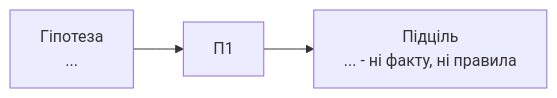
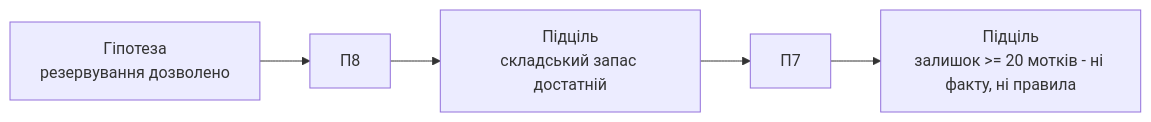
One commit to katerynakoles/obdz changed the fourth of 5 diagrams in lab-05/README.md. Above: the diagram before and after it, drawn with Mermaid. The commit also changed other lines of this file, not shown here.

````diff
--- a/lab-05/README.md
+++ b/lab-05/README.md
@@ -144,5 +159,7 @@
 ```mermaid
 flowchart LR
-    G["Гіпотеза<br/>..."] --> R1["П1"]
-    R1 --> G1["Підціль<br/>... - ні факту, ні правила"]
+    G["Гіпотеза<br/>резервування дозволено"] --> R8["П8"]
+    R8 --> G1["Підціль<br/>складський запас достатній"]
+    G1 --> R7["П7"]
+    R7 --> G2["Підціль<br/>залишок >= 20 мотків - ні факту, ні правила"]
 ```
````
